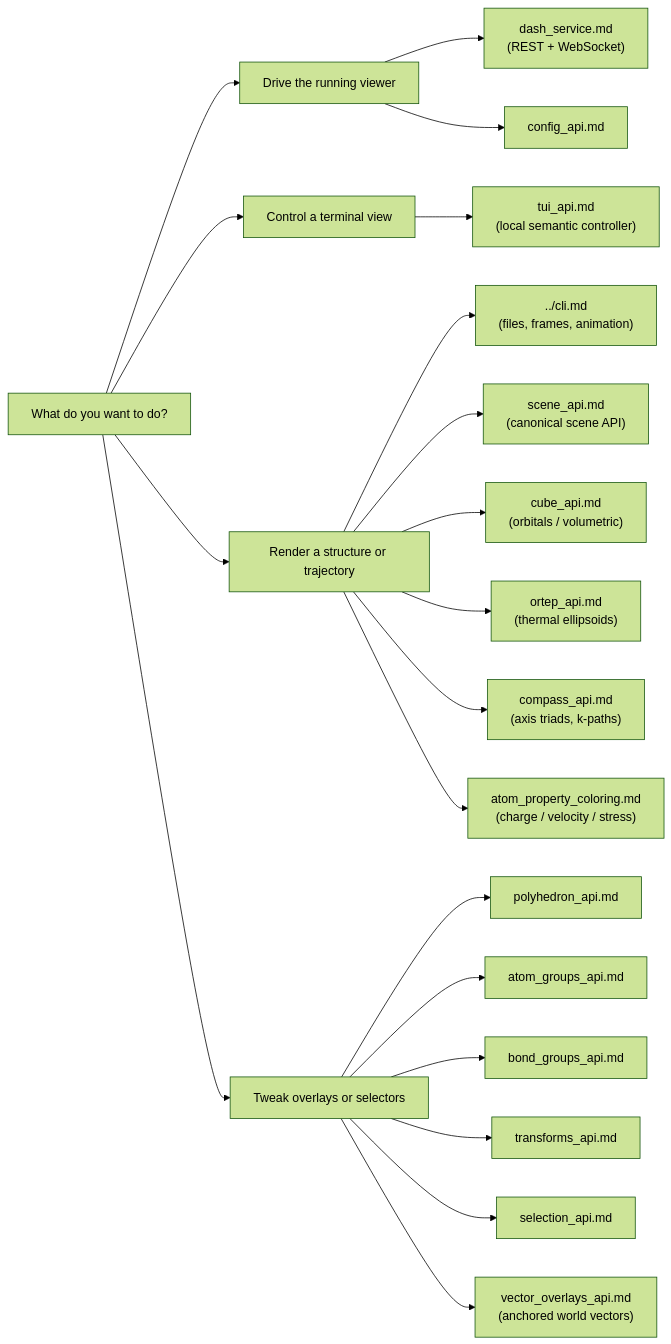
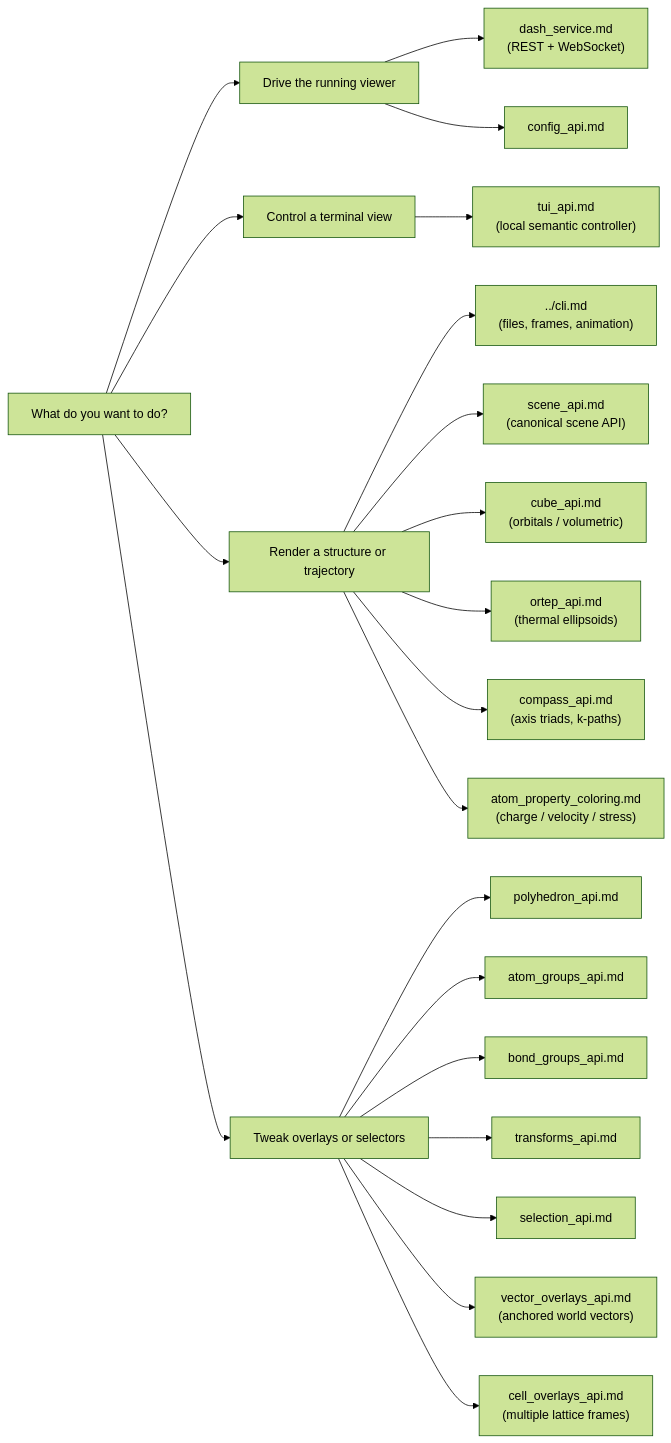
One commit to SchrodingersCattt/MatterVis changed the first of 2 diagrams in docs/agents/README.md. Above: the diagram before and after it, drawn with Mermaid (forest theme). The commit also changed other lines of this file and 27 other files, not shown here.

````diff
--- a/docs/agents/README.md
+++ b/docs/agents/README.md
@@ -13,26 +13,27 @@
 ```mermaid
 flowchart LR
     Q["What do you want to do?"]
     Q --> LIVE["Drive the running viewer"]
     Q --> TUI["Control a terminal view"]
     Q --> STATIC["Render a structure or trajectory"]
     Q --> OVERLAY["Tweak overlays or selectors"]
 
     LIVE --> DASH["dash_service.md<br/>(REST + WebSocket)"]
     TUI --> TUIAPI["tui_api.md<br/>(local semantic controller)"]
 
     STATIC --> CLI["../cli.md<br/>(files, frames, animation)"]
     STATIC --> SCENE["scene_api.md<br/>(canonical scene API)"]
     STATIC --> CUBE["cube_api.md<br/>(orbitals / volumetric)"]
     STATIC --> ORTEP["ortep_api.md<br/>(thermal ellipsoids)"]
     STATIC --> COMPASS["compass_api.md<br/>(axis triads, k-paths)"]
     STATIC --> PROPERTY["atom_property_coloring.md<br/>(charge / velocity / stress)"]
 
     OVERLAY --> POLY["polyhedron_api.md"]
     OVERLAY --> AG["atom_groups_api.md"]
     OVERLAY --> BG["bond_groups_api.md"]
     OVERLAY --> TR["transforms_api.md"]
     OVERLAY --> SEL["selection_api.md"]
     OVERLAY --> VEC["vector_overlays_api.md<br/>(anchored world vectors)"]
+    OVERLAY --> CELL["cell_overlays_api.md<br/>(multiple lattice frames)"]
     LIVE --> CONFIG["config_api.md"]
 ```
````
